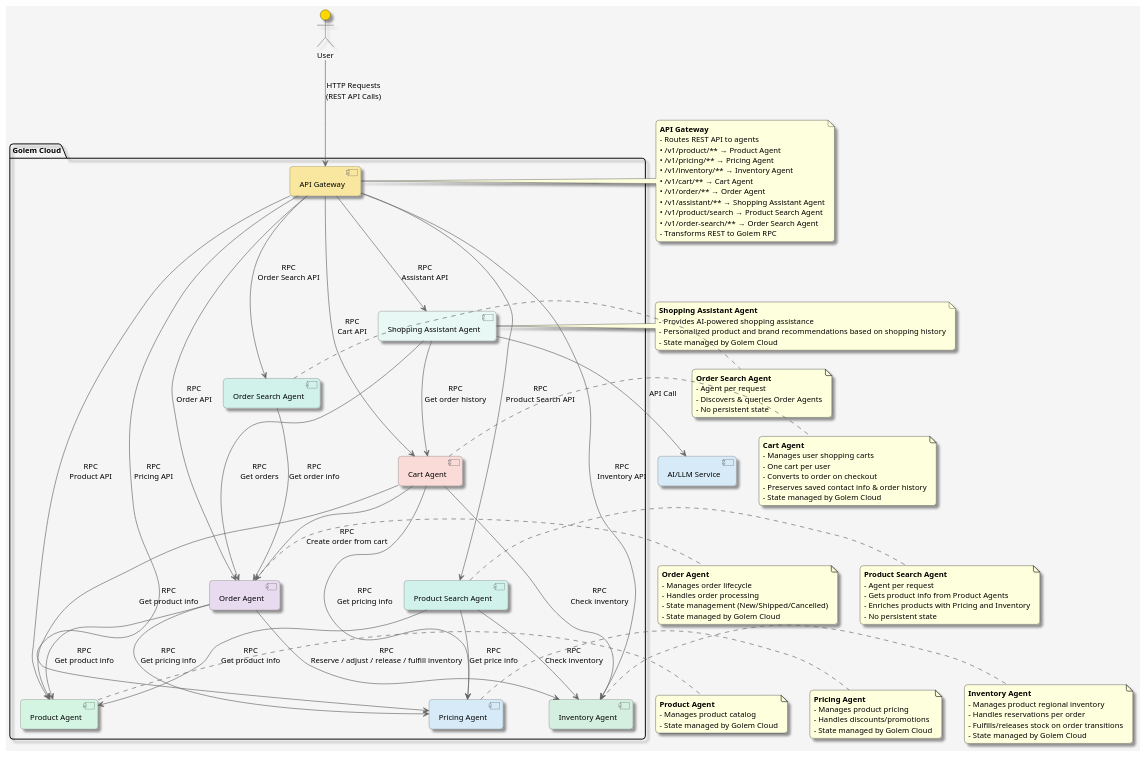
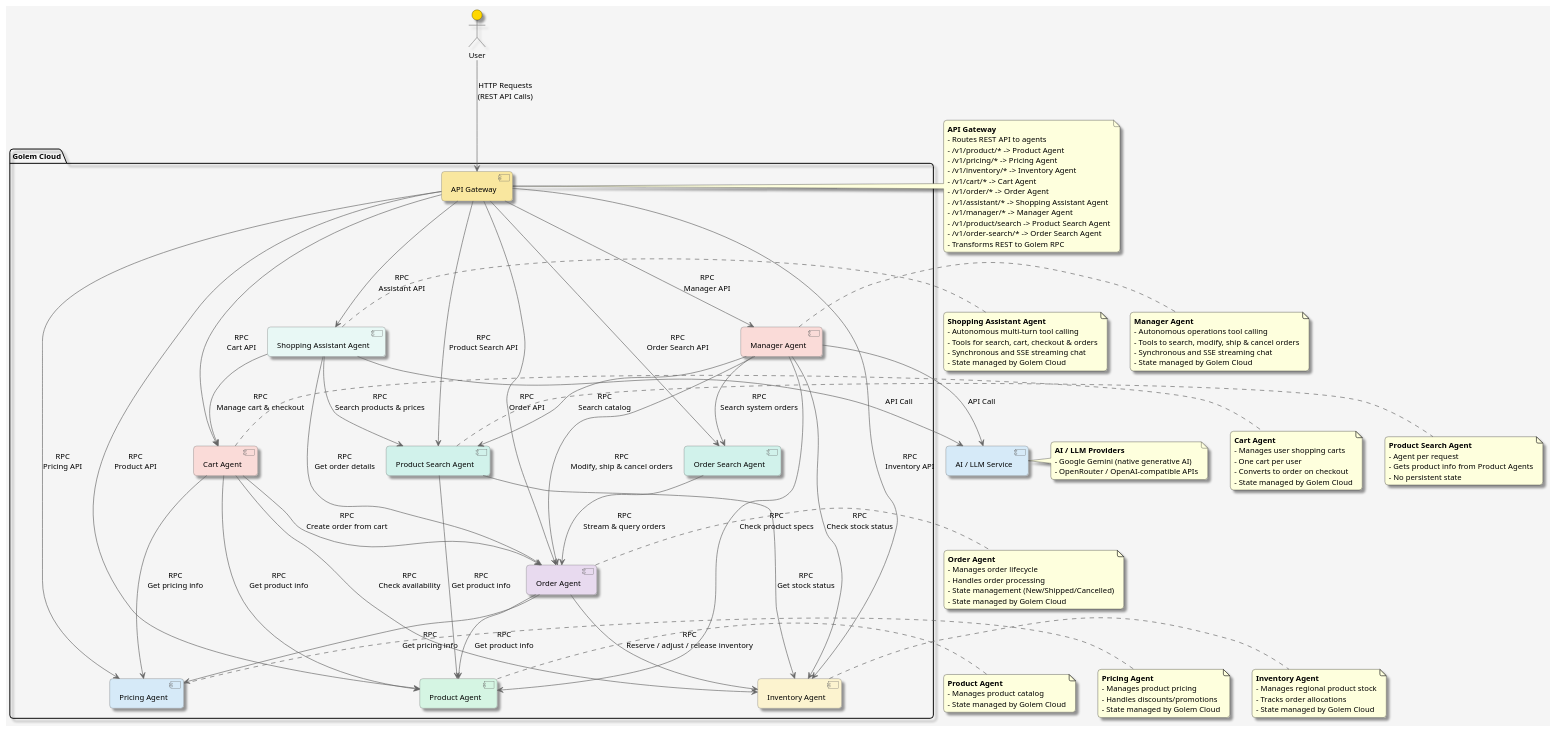
One commit to justcoon/golem-shopping-rust changed the diagram in architecture.puml. Above: the diagram before and after it, drawn with PlantUML. The commit also changed 14 other files, not shown here.

```diff
--- a/architecture.puml
+++ b/architecture.puml
@@ -1,139 +1,157 @@
 @startuml Golem Shopping Architecture
 
 ' Define styles
 skinparam componentStyle uml2
 skinparam backgroundColor #F5F5F5
 skinparam defaultFontName Arial
 skinparam defaultFontSize 12
 skinparam roundcorner 10
 skinparam shadowing true
 skinparam ArrowColor #666666
 skinparam ComponentBackgroundColor #E8E8E8
 skinparam ComponentBorderColor #666666
 
 ' Define components
 actor "User" as user #FFD700
 
 package "Golem Cloud" {
     [API Gateway] as gateway #F9E79F
     [Product Agent] as product #D5F5E3
     [Pricing Agent] as pricing #D6EAF8
-    [Inventory Agent] as inventory #D4EFDF
+    [Inventory Agent] as inventory #FCF3CF
     [Cart Agent] as cart #FADBD8
     [Order Agent] as order #E8DAEF
     [Product Search Agent] as product_search #D1F2EB
     [Order Search Agent] as order_search #D1F2EB
     [Shopping Assistant Agent] as assistant #E8F8F5
+    [Manager Agent] as manager #FADBD8
 }
+
+' External Services
+[AI / LLM Service] as llm #D6EAF8
 
 ' Define relationships
 user --> gateway : "HTTP Requests\n(REST API Calls)"
 
 gateway --> product : "RPC\nProduct API"
 gateway --> pricing : "RPC\nPricing API"
 gateway --> inventory : "RPC\nInventory API"
 gateway --> cart : "RPC\nCart API"
 gateway --> order : "RPC\nOrder API"
 gateway --> product_search : "RPC\nProduct Search API"
 gateway --> order_search : "RPC\nOrder Search API"
 gateway --> assistant : "RPC\nAssistant API"
+gateway --> manager : "RPC\nManager API"
 
 ' Agent-to-agent communication
 cart --> product : "RPC\nGet product info"
 cart --> pricing : "RPC\nGet pricing info"
-cart --> inventory : "RPC\nCheck inventory"
+cart --> inventory : "RPC\nCheck availability"
 cart --> order : "RPC\nCreate order from cart"
 order --> product : "RPC\nGet product info"
 order --> pricing : "RPC\nGet pricing info"
-order --> inventory : "RPC\nReserve / adjust / release / fulfill inventory"
+order --> inventory : "RPC\nReserve / adjust / release inventory"
 product_search --> product : "RPC\nGet product info"
-product_search --> pricing : "RPC\nGet price info"
-product_search --> inventory : "RPC\nCheck inventory"
-order_search --> order : "RPC\nGet order info"
+product_search --> inventory : "RPC\nGet stock status"
 
-' Shopping Assistant relationships
-assistant --> cart : "RPC\nGet order history"
-assistant --> order : "RPC\nGet orders"
+' Shopping Assistant relationships (Autonomous Tool Execution)
+assistant --> product_search : "RPC\nSearch products & prices"
+assistant --> cart : "RPC\nManage cart & checkout"
+assistant --> order : "RPC\nGet order details"
+
+' Order Search relationships
+order_search --> order : "RPC\nStream & query orders"
+
+' Manager Assistant relationships
+manager --> order : "RPC\nModify, ship & cancel orders"
+manager --> order_search : "RPC\nSearch system orders"
+manager --> product : "RPC\nCheck product specs"
+manager --> inventory : "RPC\nCheck stock status"
+manager --> product_search : "RPC\nSearch catalog"
+
+' LLM Service connections
+assistant --> llm : "API Call"
+manager --> llm : "API Call"
 
 ' Add notes
 note right of gateway
   <b>API Gateway</b>
   - Routes REST API to agents
-  • /v1/product/** → Product Agent
-  • /v1/pricing/** → Pricing Agent
-  • /v1/inventory/** → Inventory Agent
-  • /v1/cart/** → Cart Agent
-  • /v1/order/** → Order Agent
-  • /v1/assistant/** → Shopping Assistant Agent
-  • /v1/product/search → Product Search Agent
-  • /v1/order-search/** → Order Search Agent
+  - /v1/product/* -> Product Agent
+  - /v1/pricing/* -> Pricing Agent
+  - /v1/inventory/* -> Inventory Agent
+  - /v1/cart/* -> Cart Agent
+  - /v1/order/* -> Order Agent
+  - /v1/assistant/* -> Shopping Assistant Agent
+  - /v1/manager/* -> Manager Agent
+  - /v1/product/search -> Product Search Agent
+  - /v1/order-search/* -> Order Search Agent
   - Transforms REST to Golem RPC
 end note
 
 note right of product
   <b>Product Agent</b>
   - Manages product catalog
   - State managed by Golem Cloud
 end note
 
 note right of pricing
   <b>Pricing Agent</b>
   - Manages product pricing
   - Handles discounts/promotions
   - State managed by Golem Cloud
 end note
 
 note right of inventory
   <b>Inventory Agent</b>
-  - Manages product regional inventory
-  - Handles reservations per order
-  - Fulfills/releases stock on order transitions
+  - Manages regional product stock
+  - Tracks order allocations
   - State managed by Golem Cloud
 end note
 
 note right of cart
   <b>Cart Agent</b>
   - Manages user shopping carts
   - One cart per user
   - Converts to order on checkout
-  - Preserves saved contact info & order history
   - State managed by Golem Cloud
 end note
 
 note right of order
   <b>Order Agent</b>
   - Manages order lifecycle
   - Handles order processing
   - State management (New/Shipped/Cancelled)
   - State managed by Golem Cloud
 end note
 
 note right of product_search
   <b>Product Search Agent</b>
   - Agent per request
   - Gets product info from Product Agents
-  - Enriches products with Pricing and Inventory
   - No persistent state
 end note
 
-note right of order_search
-  <b>Order Search Agent</b>
-  - Agent per request
-  - Discovers & queries Order Agents
-  - No persistent state
+note right of llm
+  <b>AI / LLM Providers</b>
+  - Google Gemini (native generative AI)
+  - OpenRouter / OpenAI-compatible APIs
 end note
-
-' External Services
-[AI/LLM Service] as llm #D6EAF8
-
-' Connect LLM to Shopping Assistant
-assistant --> llm : "API Call"
 
 note right of assistant
   <b>Shopping Assistant Agent</b>
-  - Provides AI-powered shopping assistance
-  - Personalized product and brand recommendations based on shopping history
+  - Autonomous multi-turn tool calling
+  - Tools for search, cart, checkout & orders
+  - Synchronous and SSE streaming chat
+  - State managed by Golem Cloud
+end note
+
+note right of manager
+  <b>Manager Agent</b>
+  - Autonomous operations tool calling
+  - Tools to search, modify, ship & cancel orders
+  - Synchronous and SSE streaming chat
   - State managed by Golem Cloud
 end note
 
 @enduml
```
